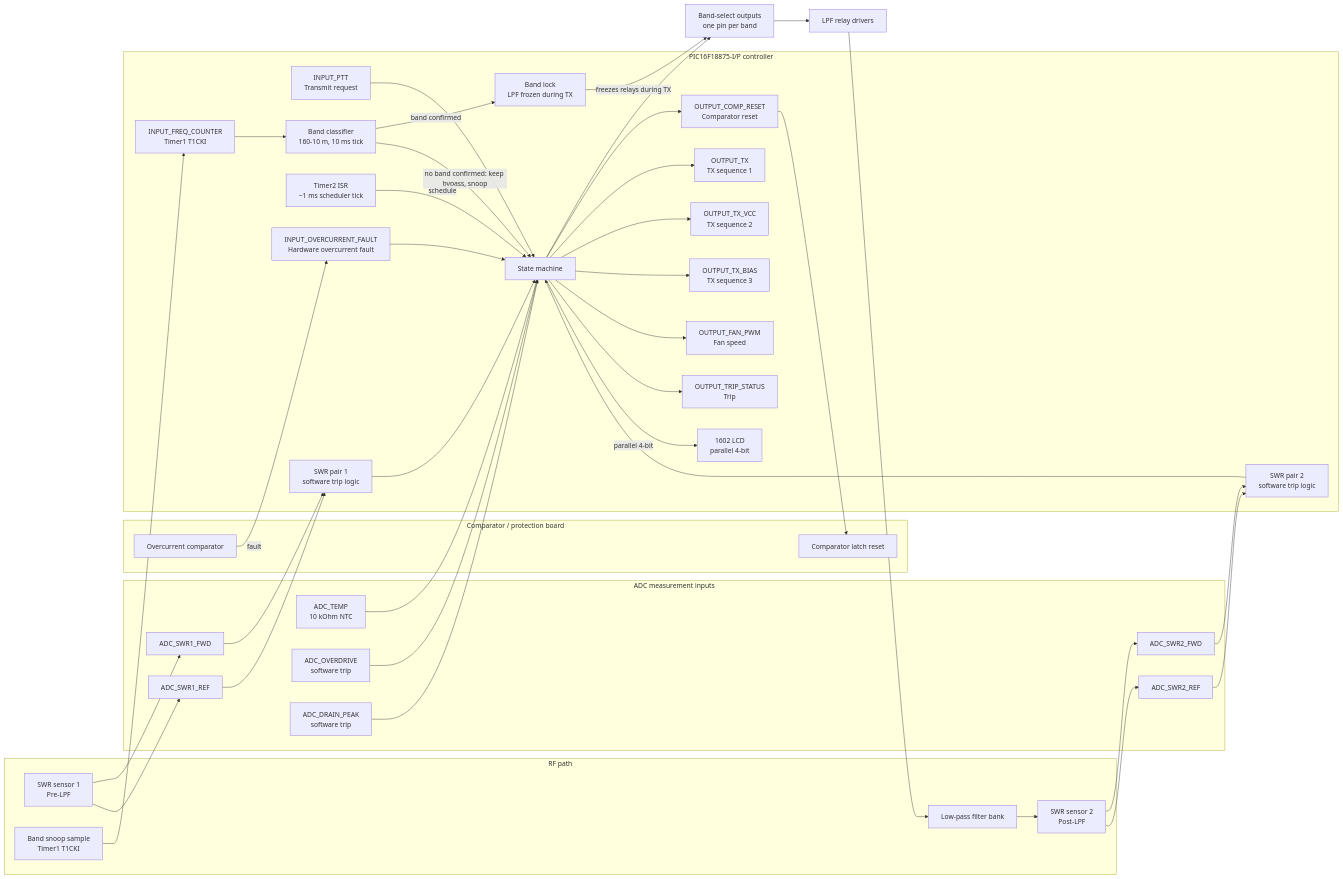
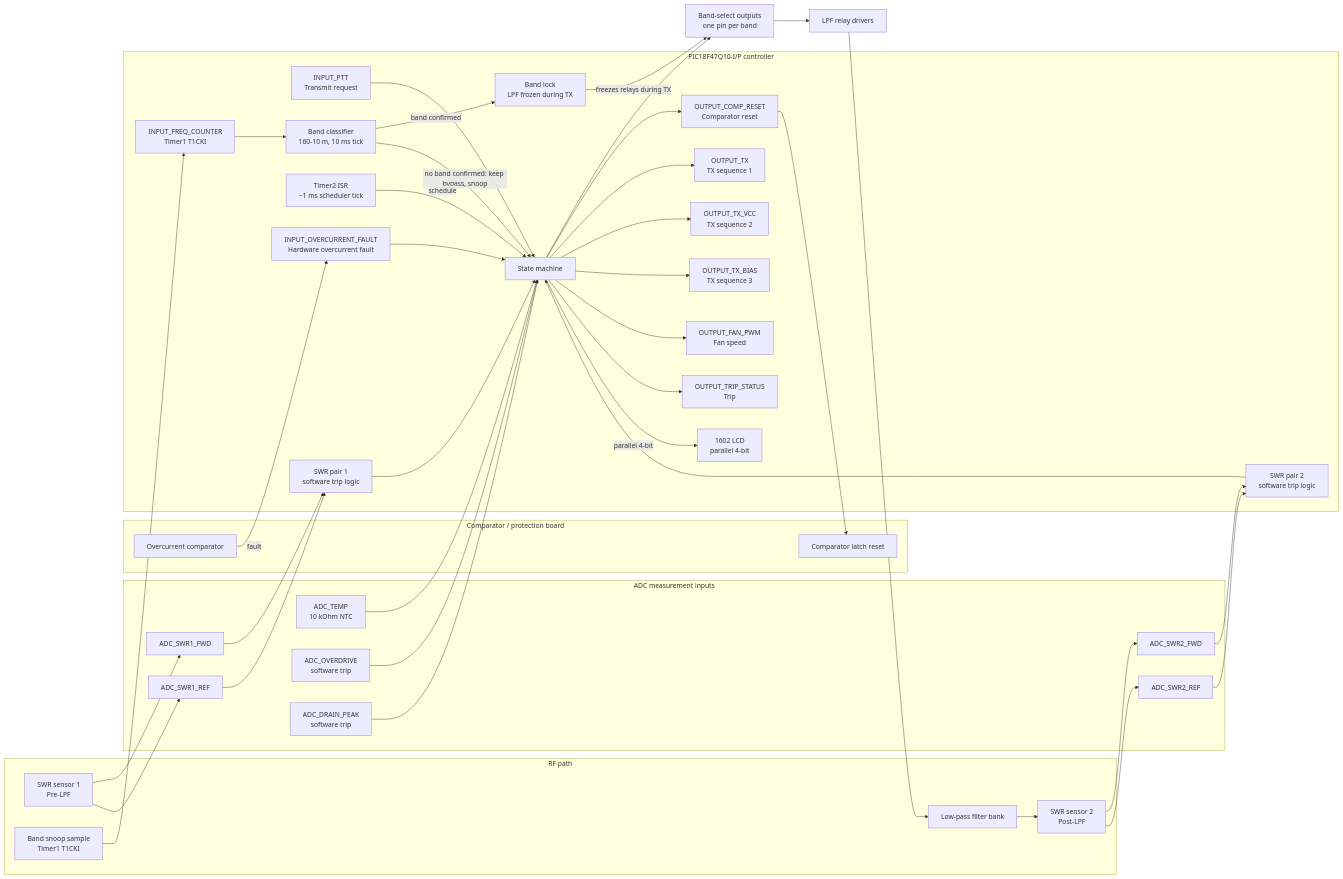
One commit to sjk7/PicAmpControl changed the diagram in README.md. Above: the diagram before and after it, drawn with Mermaid. The commit also changed other lines of this file and 24 other files, not shown here.

````diff
--- a/README.md
+++ b/README.md
@@ -61,80 +62,80 @@
 ```mermaid
 flowchart LR
     subgraph RF["RF path"]
         PRE["SWR sensor 1\nPre-LPF"]
         FILTER["Low-pass filter bank"]
         POST["SWR sensor 2\nPost-LPF"]
         SNOOP["Band snoop sample\nTimer1 T1CKI"]
     end
 
     subgraph ADC["ADC measurement inputs"]
         PRE_FWD["ADC_SWR1_FWD"]
         PRE_REF["ADC_SWR1_REF"]
         POST_FWD["ADC_SWR2_FWD"]
         POST_REF["ADC_SWR2_REF"]
         TEMP["ADC_TEMP\n10 kOhm NTC"]
         OVERDRIVE["ADC_OVERDRIVE\nsoftware trip"]
         DRAIN_ADC["ADC_DRAIN_PEAK\nsoftware trip"]
     end
 
     subgraph ComparatorBoard["Comparator / protection board"]
         OC["Overcurrent comparator"]
         COMP_RESET["Comparator latch reset"]
     end
 
-    subgraph MCU["PIC16F18875-I/P controller"]
+    subgraph MCU["PIC18F47Q10-I/P controller"]
         PTT["INPUT_PTT\nTransmit request"]
         RESET["OUTPUT_COMP_RESET\nComparator reset"]
         HARD["INPUT_OVERCURRENT_FAULT\nHardware overcurrent fault"]
         TICK["Timer2 ISR\n~1 ms scheduler tick"]
         FREQ["INPUT_FREQ_COUNTER\nTimer1 T1CKI"]
         BAND["Band classifier\n160-10 m, 10 ms tick"]
         LOCK["Band lock\nLPF frozen during TX"]
         STATE["State machine"]
         SWR1["SWR pair 1\nsoftware trip logic"]
         SWR2["SWR pair 2\nsoftware trip logic"]
         TX["OUTPUT_TX\nTX sequence 1"]
         TXVCC["OUTPUT_TX_VCC\nTX sequence 2"]
         TXBIAS["OUTPUT_TX_BIAS\nTX sequence 3"]
         FAN["OUTPUT_FAN_PWM\nFan speed"]
         TRIP["OUTPUT_TRIP_STATUS\nTrip"]
         LCD["1602 LCD\nparallel 4-bit"]
     end
 
     PRE --> PRE_FWD
     PRE --> PRE_REF
     FILTER --> POST
     POST --> POST_FWD
     POST --> POST_REF
     SNOOP --> FREQ
     FREQ --> BAND
     BAND -->|band confirmed| LOCK
     BAND -->|no band confirmed: keep bypass, snoop| STATE
     STATE --> BANDSEL
     LOCK -->|freezes relays during TX| BANDSEL
     BANDSEL["Band-select outputs\none pin per band"] --> DRIVER["LPF relay drivers"] --> FILTER
 
     PRE_FWD --> SWR1
     PRE_REF --> SWR1
     POST_FWD --> SWR2
     POST_REF --> SWR2
     TEMP --> STATE
     OVERDRIVE --> STATE
     DRAIN_ADC --> STATE
 
     SWR1 --> STATE
     SWR2 --> STATE
     OC -->|fault| HARD
     HARD --> STATE
     TICK -->|schedule| STATE
 
     PTT --> STATE
     STATE --> RESET
     RESET --> COMP_RESET
     STATE --> TX
     STATE --> TXVCC
     STATE --> TXBIAS
     STATE --> FAN
     STATE --> TRIP
     STATE -->|parallel 4-bit| LCD
 ```
````
